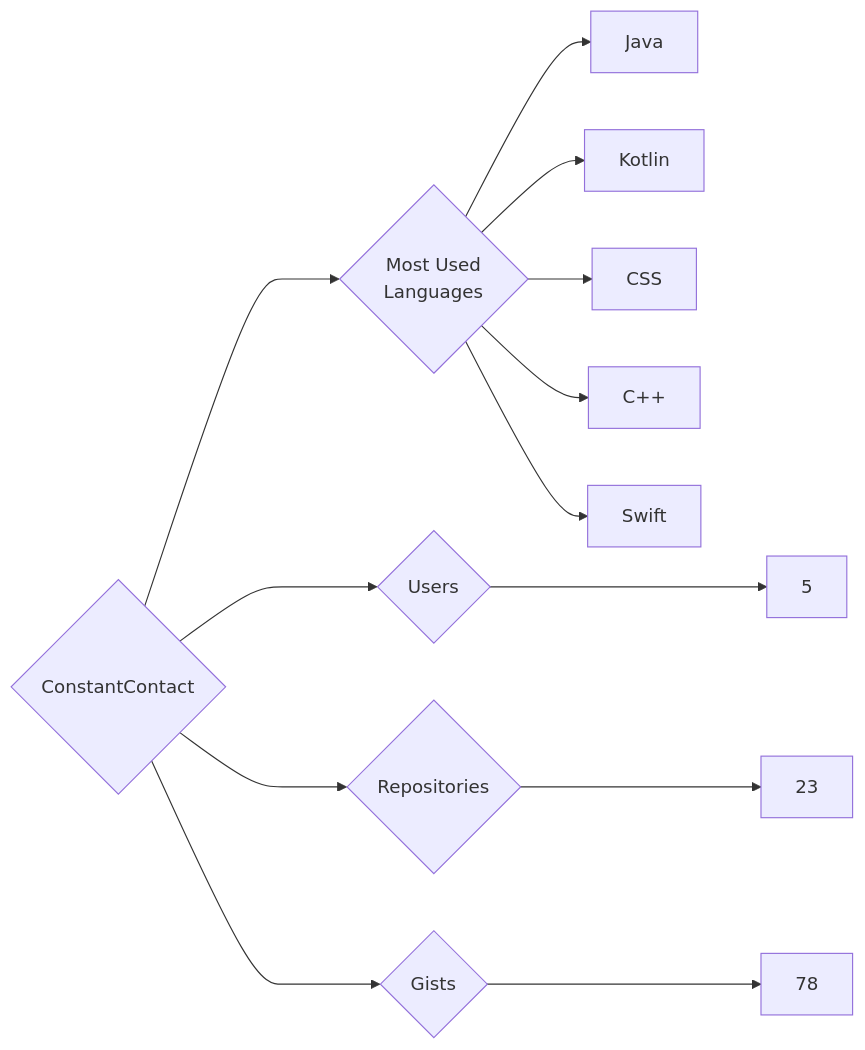
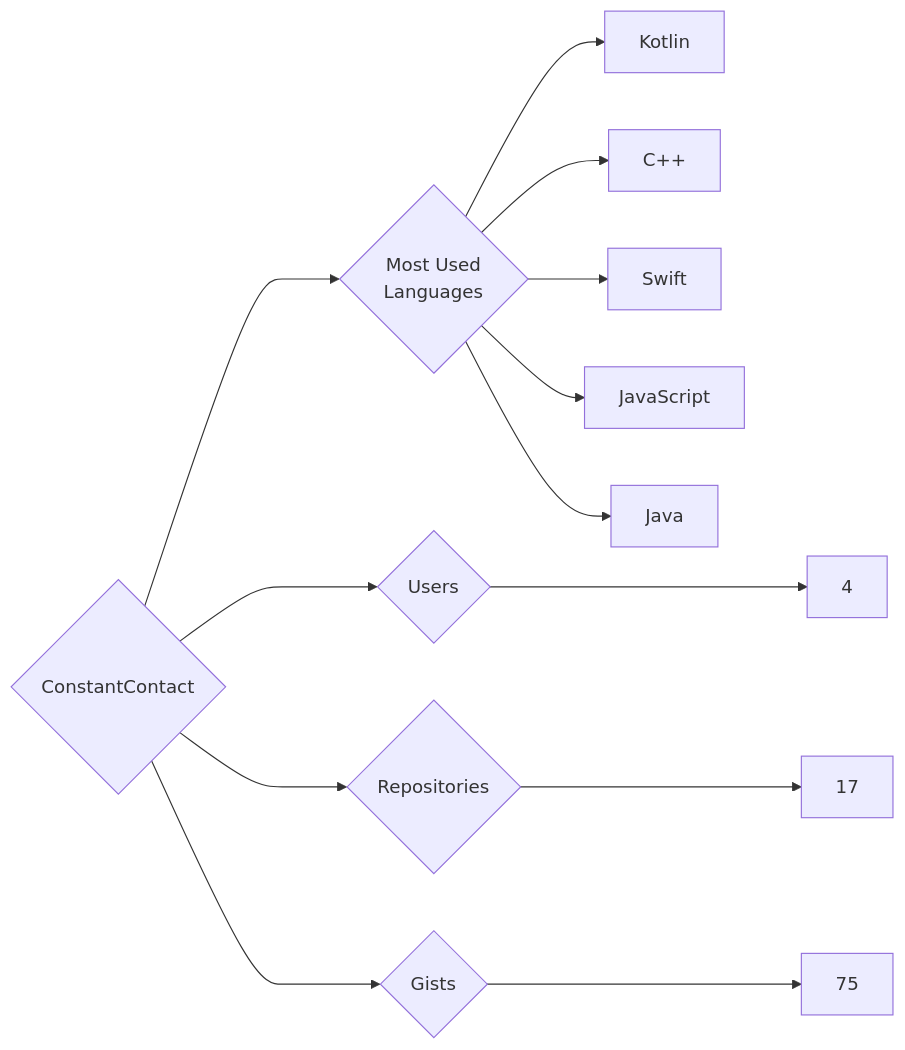
The diagram in targets/ConstantContact/README.md (trickest/insiders), drawn with Mermaid before and after one commit. The commit also changed 935 other files, not shown here.

````diff
--- a/targets/ConstantContact/README.md
+++ b/targets/ConstantContact/README.md
@@ -3,13 +3,13 @@
 ```mermaid
 graph LR
 COMPANY_NAME{ConstantContact}
-COMPANY_NAME ---> U{Users} ---> UN[5]
-COMPANY_NAME ---> R{Repositories} ---> RN[23]
-COMPANY_NAME ---> G{Gists} ---> GN[78]
+COMPANY_NAME ---> U{Users} ---> UN[4]
+COMPANY_NAME ---> R{Repositories} ---> RN[17]
+COMPANY_NAME ---> G{Gists} ---> GN[75]
 COMPANY_NAME ---> ML{Most Used<br>Languages}
-ML --> Java[Java]
 ML --> Kotlin[Kotlin]
-ML --> CSS[CSS]
 ML --> C++[C++]
 ML --> Swift[Swift]
+ML --> JavaScript[JavaScript]
+ML --> Java[Java]
 ```
````
